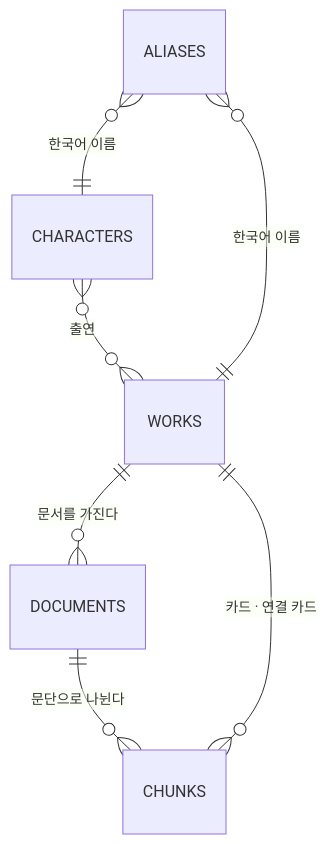
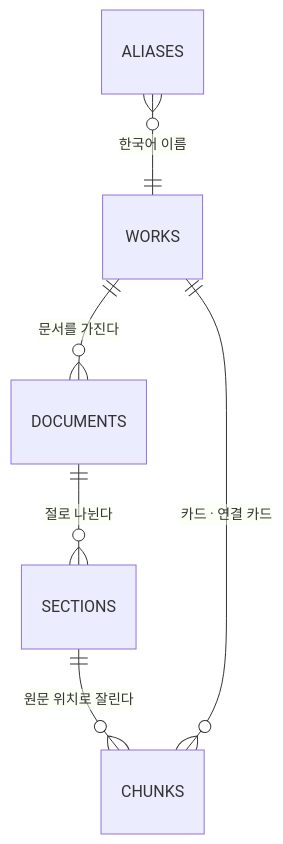
The second of 5 diagrams in docs/architecture.md (766min/ax-rag-cinema), drawn with Mermaid before and after one commit. The commit also changed other lines of this file and 4 other files, not shown here.

````diff
--- a/docs/architecture.md
+++ b/docs/architecture.md
@@ -45,9 +57,8 @@
 ```mermaid
 erDiagram
   WORKS ||--o{ DOCUMENTS : "문서를 가진다"
-  DOCUMENTS ||--o{ CHUNKS : "문단으로 나뉜다"
+  DOCUMENTS ||--o{ SECTIONS : "절로 나뉜다"
+  SECTIONS ||--o{ CHUNKS : "원문 위치로 잘린다"
   WORKS ||--o{ CHUNKS : "카드 · 연결 카드"
-  CHARACTERS }o--o{ WORKS : "출연"
   ALIASES }o--|| WORKS : "한국어 이름"
-  ALIASES }o--|| CHARACTERS : "한국어 이름"
 ```
````
